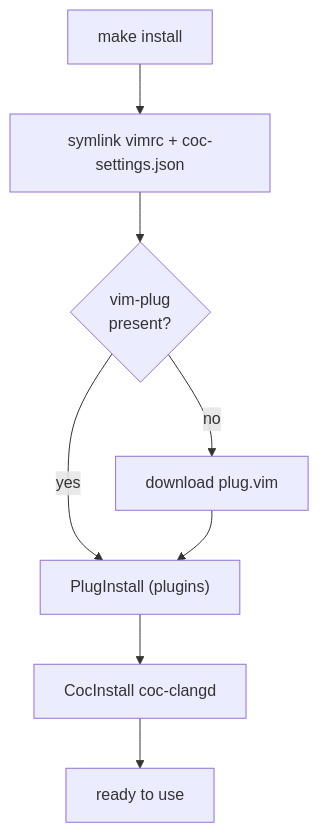
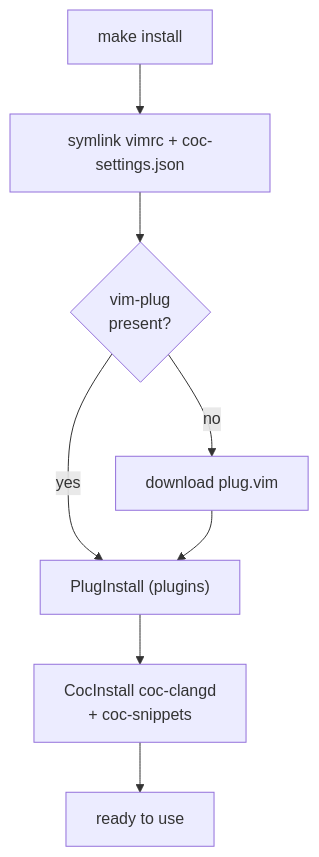
Before and after one commit to kewl-ua/vim-c-env: the second of 4 diagrams in README.md, drawn with Mermaid. The commit also changed other lines of this file and 2 other files, not shown here.

````diff
--- a/README.md
+++ b/README.md
@@ -364,10 +369,10 @@
 ```mermaid
 flowchart TD
     a["make install"] --> b["symlink vimrc + coc-settings.json"]
     b --> c{"vim-plug<br/>present?"}
     c -->|no| d["download plug.vim"]
     c -->|yes| e["PlugInstall (plugins)"]
     d --> e
-    e --> f["CocInstall coc-clangd"]
+    e --> f["CocInstall coc-clangd<br/>+ coc-snippets"]
     f --> g["ready to use"]
 ```
````
